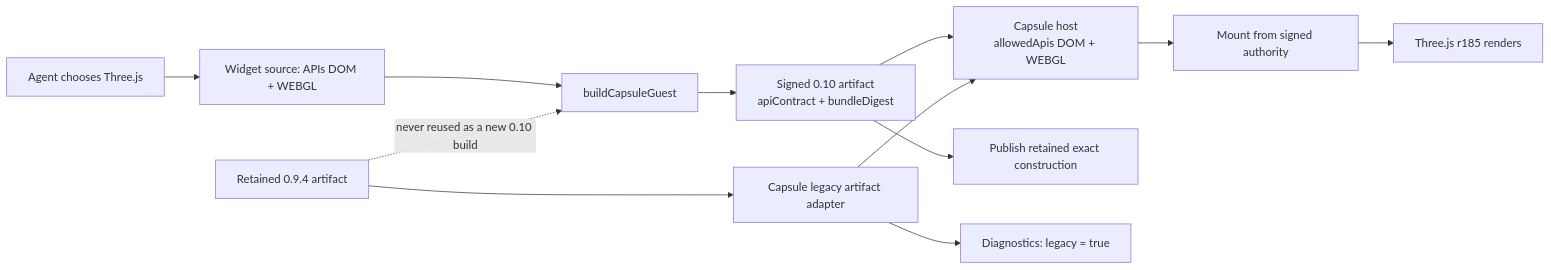
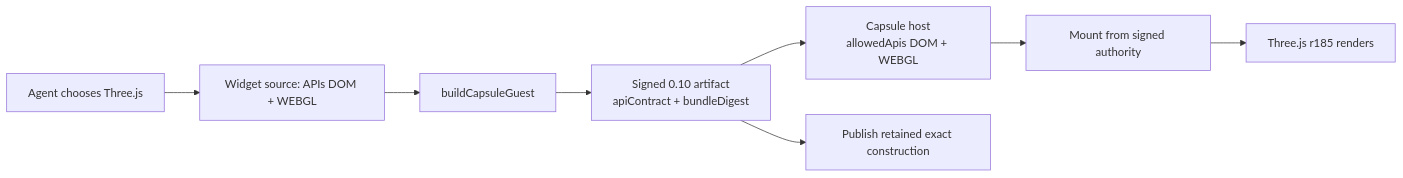
Before and after one commit to omnidraw/omnidraw: the diagram in tasks/a/A102.md, drawn with Mermaid. The commit also changed other lines of this file and 45 other files, not shown here.

````diff
--- a/tasks/a/A102.md
+++ b/tasks/a/A102.md
@@ -61,15 +59,10 @@
 ```mermaid
 flowchart LR
   Agent["Agent chooses Three.js"] --> Manifest["Widget source: APIs DOM + WEBGL"]
   Manifest --> Builder["buildCapsuleGuest"]
   Builder --> Artifact["Signed 0.10 artifact<br/>apiContract + bundleDigest"]
   Artifact --> Preview["Capsule host<br/>allowedApis DOM + WEBGL"]
   Preview --> Mount["Mount from signed authority"]
   Mount --> Three["Three.js r185 renders"]
   Artifact --> Publish["Publish retained exact construction"]
-
-  Legacy["Retained 0.9.4 artifact"] --> Adapter["Capsule legacy artifact adapter"]
-  Adapter --> Preview
-  Adapter --> Audit["Diagnostics: legacy = true"]
-  Legacy -. "never reused as a new 0.10 build" .-> Builder
 ```
````
